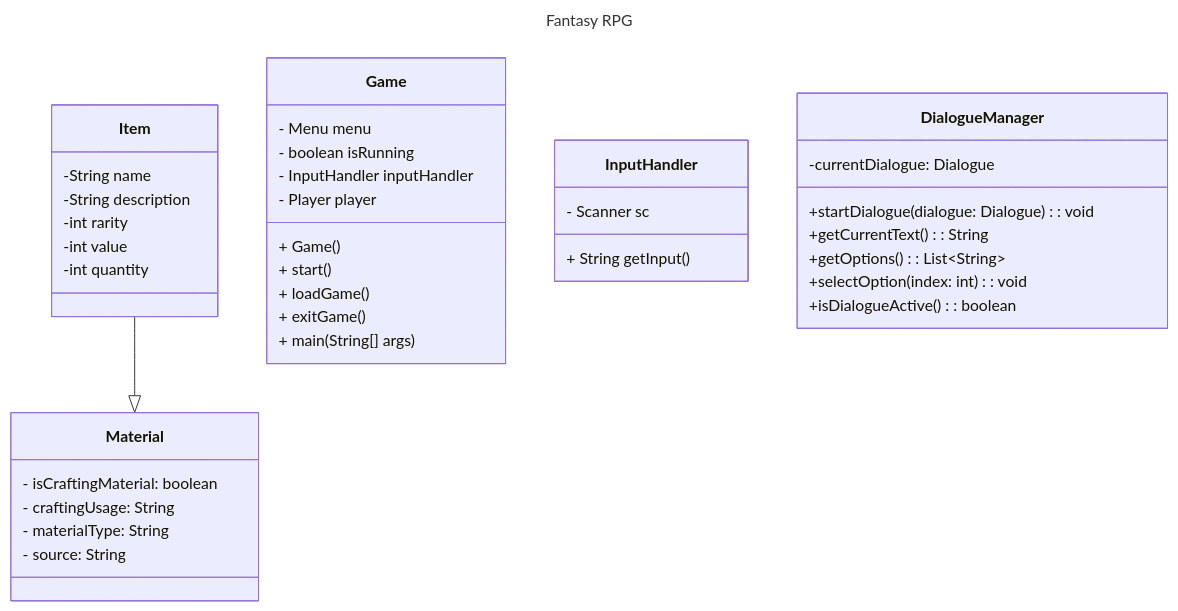
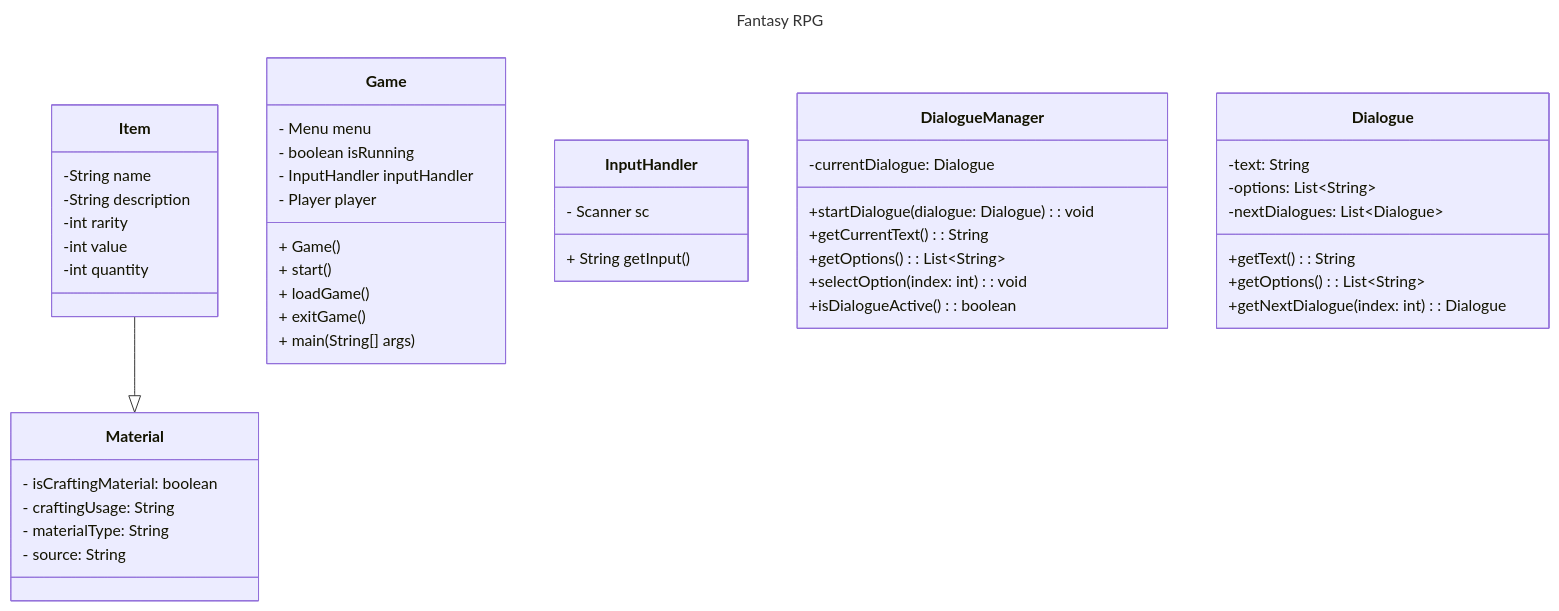
Before and after one commit to pacalso-jjc/2425-2nd-cc3-1b-rpg: the diagram in wiki/Class-Diagram.md, drawn with Mermaid.

Commit message:
added dialogue class

````diff
--- a/wiki/Class-Diagram.md
+++ b/wiki/Class-Diagram.md
@@ -1,47 +1,56 @@
 ```mermaid
 ---
 title: Fantasy RPG
 ---
 classDiagram
     Item --|> Material
     class Material {
         - isCraftingMaterial: boolean
         - craftingUsage: String
         - materialType: String
         - source: String
     }
 
     class Item{
         -String name
         -String description
         -int rarity
         -int value
         -int quantity
     }
 
     class Game{
         - Menu menu
         - boolean isRunning
         - InputHandler inputHandler
         - Player player
         + Game()
         + start()
         + loadGame()
         + exitGame()
         + main(String[] args)
     }
 
     class InputHandler{
         - Scanner sc
         + String getInput()
     }
 
     class DialogueManager {
         -currentDialogue: Dialogue
         +startDialogue(dialogue: Dialogue): void
         +getCurrentText(): String
         +getOptions(): List~String~
         +selectOption(index: int): void
         +isDialogueActive(): boolean
+    } 
+
+    class Dialogue {
+        -text: String
+        -options: List~String~
+        -nextDialogues: List~Dialogue~
+        +getText(): String
+        +getOptions(): List~String~
+        +getNextDialogue(index: int): Dialogue
     }
 ```
````
